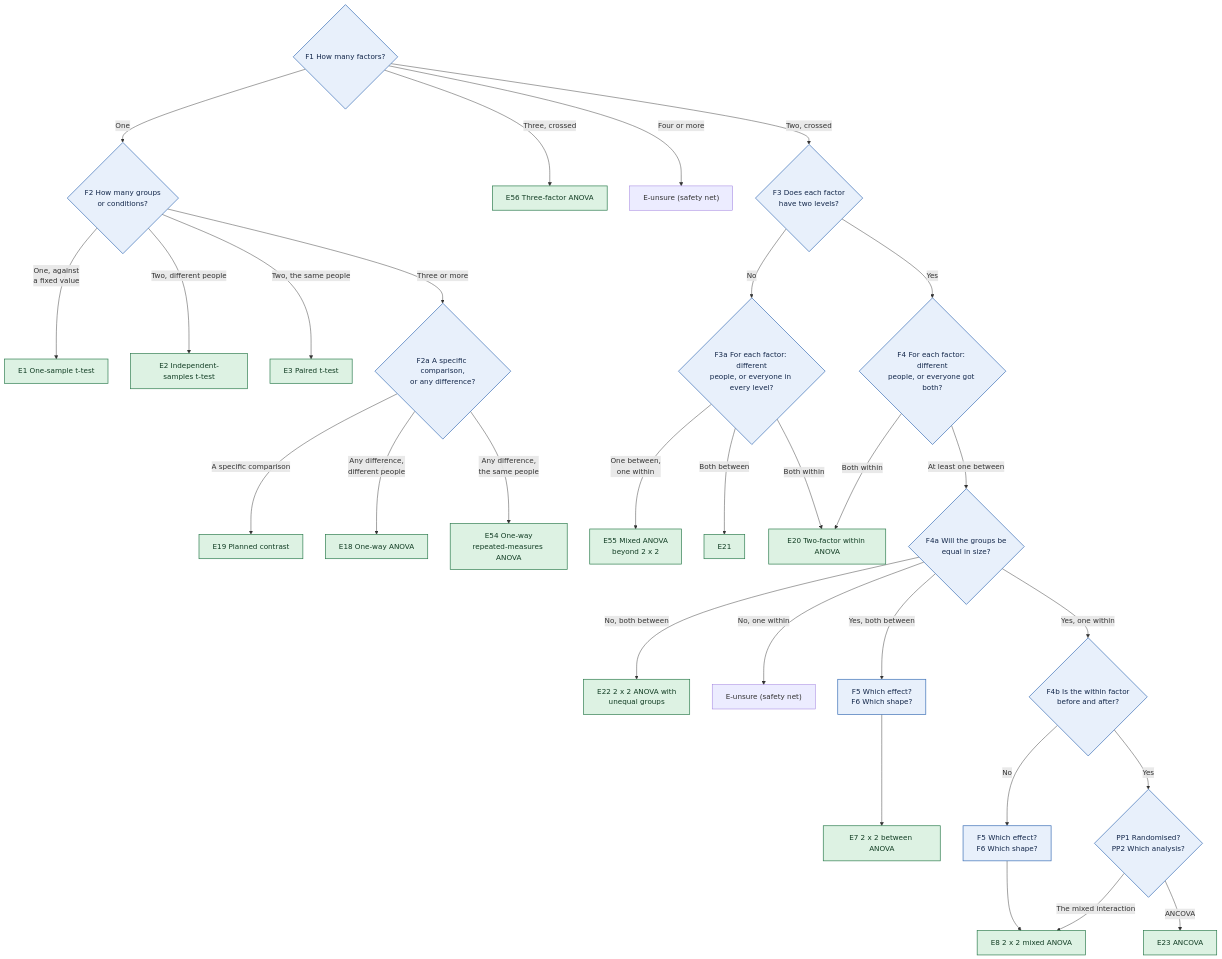
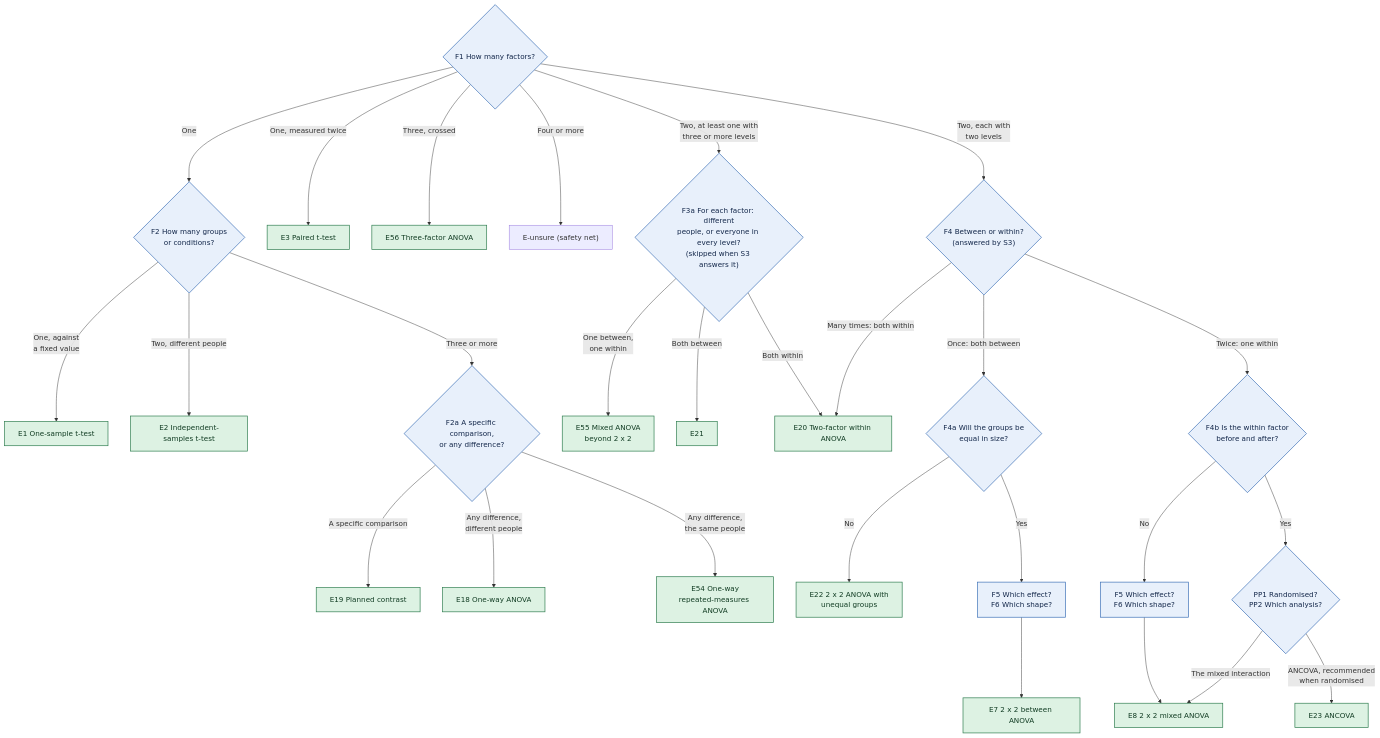
Before and after one commit to JoelThornton/Powerkit: the fourth of 11 diagrams in docs/decision-tree.md, drawn with Mermaid. The commit also changed other lines of this file and 21 other files, not shown here.

First line of the commit message:
Design finder: skip one-answer questions, recommend ANCOVA, route before/after moderation (0.37.0) (#331)

````diff
--- a/docs/decision-tree.md
+++ b/docs/decision-tree.md
@@ -341,39 +341,37 @@
 ```mermaid
 flowchart TD
   F1{"F1 How many factors?"}
   F1 -->|One| F2{"F2 How many groups<br/>or conditions?"}
   F2 -->|One, against<br/>a fixed value| E1["E1 One-sample t-test"]
   F2 -->|Two, different people| E2["E2 Independent-samples t-test"]
-  F2 -->|Two, the same people| E3["E3 Paired t-test"]
+  F1 -->|One, measured twice| E3["E3 Paired t-test"]
   F2 -->|Three or more| F2a{"F2a A specific comparison,<br/>or any difference?"}
   F2a -->|A specific comparison| E19["E19 Planned contrast"]
   F2a -->|Any difference,<br/>different people| E18["E18 One-way ANOVA"]
   F2a -->|Any difference,<br/>the same people| E54["E54 One-way<br/>repeated-measures ANOVA"]
   F1 -->|Three, crossed| E56["E56 Three-factor ANOVA"]
   F1 -->|Four or more| UNS1["E-unsure (safety net)"]
-  F1 -->|Two, crossed| F3{"F3 Does each factor<br/>have two levels?"}
-  F3 -->|No| F3a{"F3a For each factor: different<br/>people, or everyone in every level?"}
+  F1 -->|Two, at least one with<br/>three or more levels| F3a{"F3a For each factor: different<br/>people, or everyone in every level?<br/>(skipped when S3 answers it)"}
   F3a -->|One between,<br/>one within| E55["E55 Mixed ANOVA<br/>beyond 2 x 2"]
   F3a -->|Both between| E21
   F3a -->|Both within| E20
-  F3 -->|Yes| F4{"F4 For each factor: different<br/>people, or everyone got both?"}
-  F4 -->|Both within| E20["E20 Two-factor within ANOVA"]
-  F4 -->|At least one between| F4a{"F4a Will the groups be<br/>equal in size?"}
-  F4a -->|No, both between| E22["E22 2 x 2 ANOVA with<br/>unequal groups"]
-  F4a -->|No, one within| UNS2["E-unsure (safety net)"]
-  F4a -->|Yes, both between| F5b["F5 Which effect?<br/>F6 Which shape?"]
+  F1 -->|Two, each with<br/>two levels| F4{"F4 Between or within?<br/>(answered by S3)"}
+  F4 -->|Many times: both within| E20["E20 Two-factor within ANOVA"]
+  F4 -->|Once: both between| F4a{"F4a Will the groups be<br/>equal in size?"}
+  F4a -->|No| E22["E22 2 x 2 ANOVA with<br/>unequal groups"]
+  F4a -->|Yes| F5b["F5 Which effect?<br/>F6 Which shape?"]
   F5b --> E7["E7 2 x 2 between ANOVA"]
-  F4a -->|Yes, one within| F4b{"F4b Is the within factor<br/>before and after?"}
+  F4 -->|Twice: one within| F4b{"F4b Is the within factor<br/>before and after?"}
   F4b -->|No| F5m["F5 Which effect?<br/>F6 Which shape?"]
   F5m --> E8["E8 2 x 2 mixed ANOVA"]
   F4b -->|Yes| PP{"PP1 Randomised?<br/>PP2 Which analysis?"}
   PP -->|The mixed interaction| E8
-  PP -->|ANCOVA| E23["E23 ANCOVA"]
-  class F1,F2,F2a,F3,F3a,F4,F4a,F4b,PP,F5b,F5m q
+  PP -->|ANCOVA, recommended<br/>when randomised| E23["E23 ANCOVA"]
+  class F1,F2,F2a,F3a,F4,F4a,F4b,PP,F5b,F5m q
   class E1,E2,E3,E7,E8,E18,E19,E20,E21,E22,E23,E54,E55,E56 avail
   classDef q fill:#E8F0FB,stroke:#3B6FB6,color:#14284B,stroke-width:1.5px
   classDef avail fill:#DDF2E3,stroke:#2E7D4F,color:#123D24,stroke-width:1.5px
   classDef spec fill:#FFF0D1,stroke:#B97A00,color:#4A3200,stroke-width:1.5px
   classDef later fill:#F2F2F2,stroke:#9A9A9A,color:#4D4D4D,stroke-width:1px,stroke-dasharray:4 3
   classDef jump fill:#FFFFFF,stroke:#3B6FB6,color:#14284B,stroke-width:1.5px,stroke-dasharray:6 3
 ```
````
